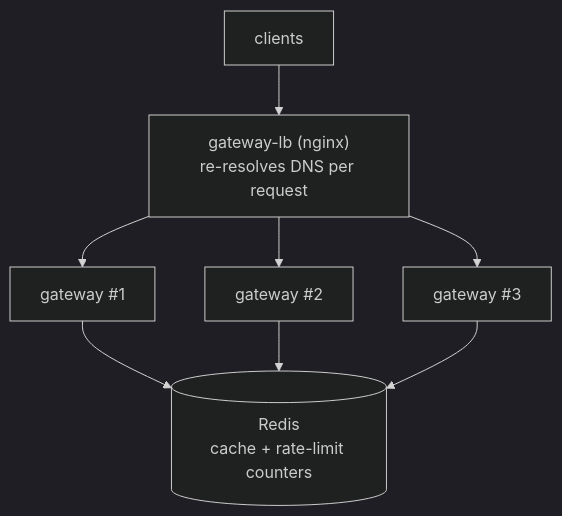
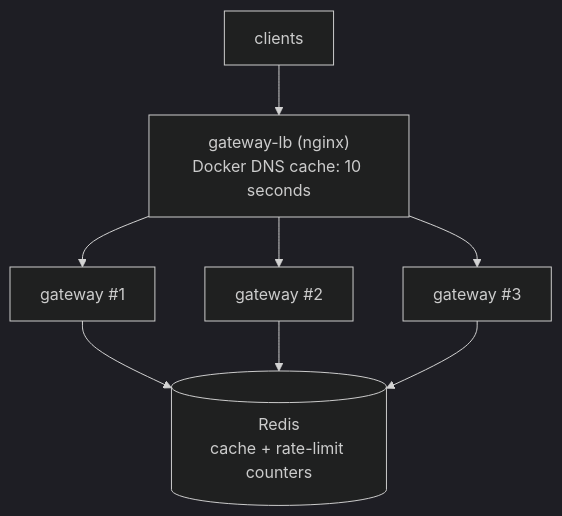
Before and after one commit to LoCh3f/orbital: the diagram in report/figures/load-balancing.mmd, drawn with Mermaid (dark theme). The commit also changed 24 other files, not shown here.

```diff
--- a/report/figures/load-balancing.mmd
+++ b/report/figures/load-balancing.mmd
@@ -1,15 +1,15 @@
 graph TB
     Client["clients"]
-    LB["gateway-lb (nginx)\nre-resolves DNS per request"]
+    LB["gateway-lb (nginx)<br/>Docker DNS cache: 10 seconds"]
     G1["gateway #1"]
     G2["gateway #2"]
     G3["gateway #3"]
-    Redis[("Redis\ncache + rate-limit counters")]
+    Redis[("Redis<br/>cache + rate-limit counters")]
 
     Client --> LB
     LB --> G1
     LB --> G2
     LB --> G3
     G1 --> Redis
     G2 --> Redis
     G3 --> Redis
```
